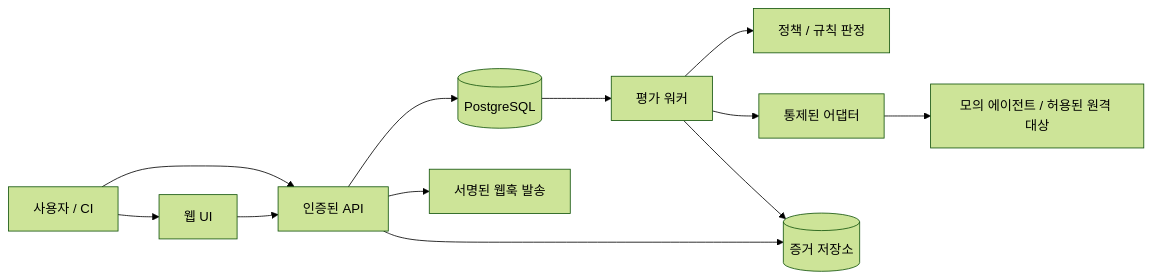
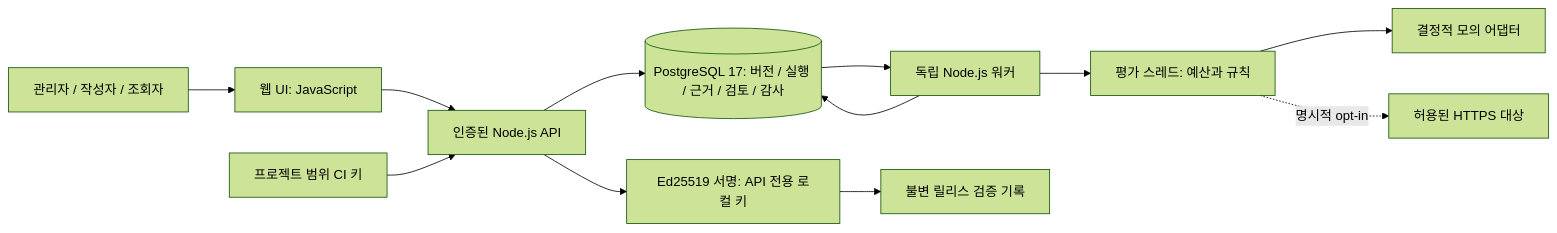
One commit to automaster5013/AgentTrust changed the first of 4 diagrams in docs/architecture.md. Above: the diagram before and after it, drawn with Mermaid (forest theme). The commit also changed other lines of this file and 3 other files, not shown here.

Commit message:
Document implemented architecture and portfolio verification evidence

````diff
--- a/docs/architecture.md
+++ b/docs/architecture.md
@@ -7,14 +7,14 @@
 ```mermaid
 flowchart LR
-  U[사용자 / CI] --> W[웹 UI]
-  U --> A[인증된 API]
-  W --> A
-  A --> D[(PostgreSQL)]
-  D --> R[평가 워커]
-  R --> P[정책 / 규칙 판정]
-  R --> E[통제된 어댑터]
-  E --> M[모의 에이전트 / 허용된 원격 대상]
-  R --> O[(증거 저장소)]
-  A --> O
-  A --> H[서명된 웹훅 발송]
+  User[관리자 / 작성자 / 조회자] --> Web[웹 UI: JavaScript]
+  Web --> API[인증된 Node.js API]
+  CI[프로젝트 범위 CI 키] --> API
+  API --> DB[(PostgreSQL 17: 버전 / 실행 / 근거 / 검토 / 감사)]
+  DB --> Worker[독립 Node.js 워커]
+  Worker --> Thread[평가 스레드: 예산과 규칙]
+  Thread --> Mock[결정적 모의 어댑터]
+  Thread -. 명시적 opt-in .-> HTTPS[허용된 HTTPS 대상]
+  Worker --> DB
+  API --> Sign[Ed25519 서명: API 전용 로컬 키]
+  Sign --> Receipt[불변 릴리스 검증 기록]
 ```
````
